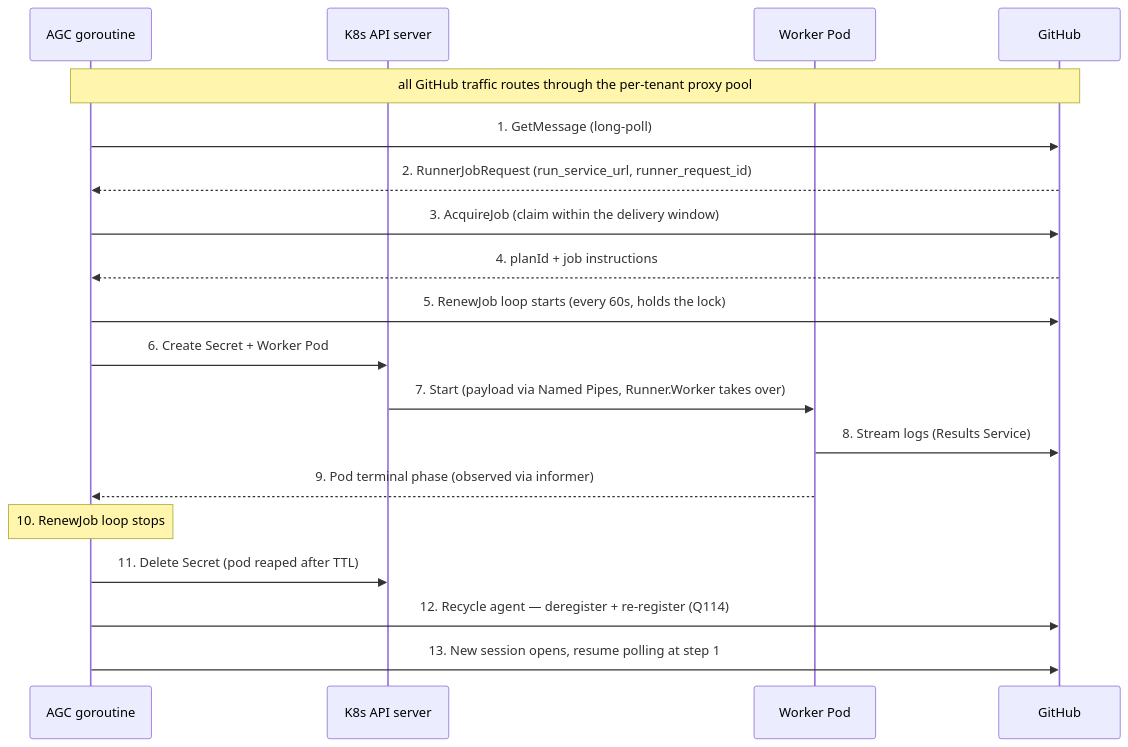
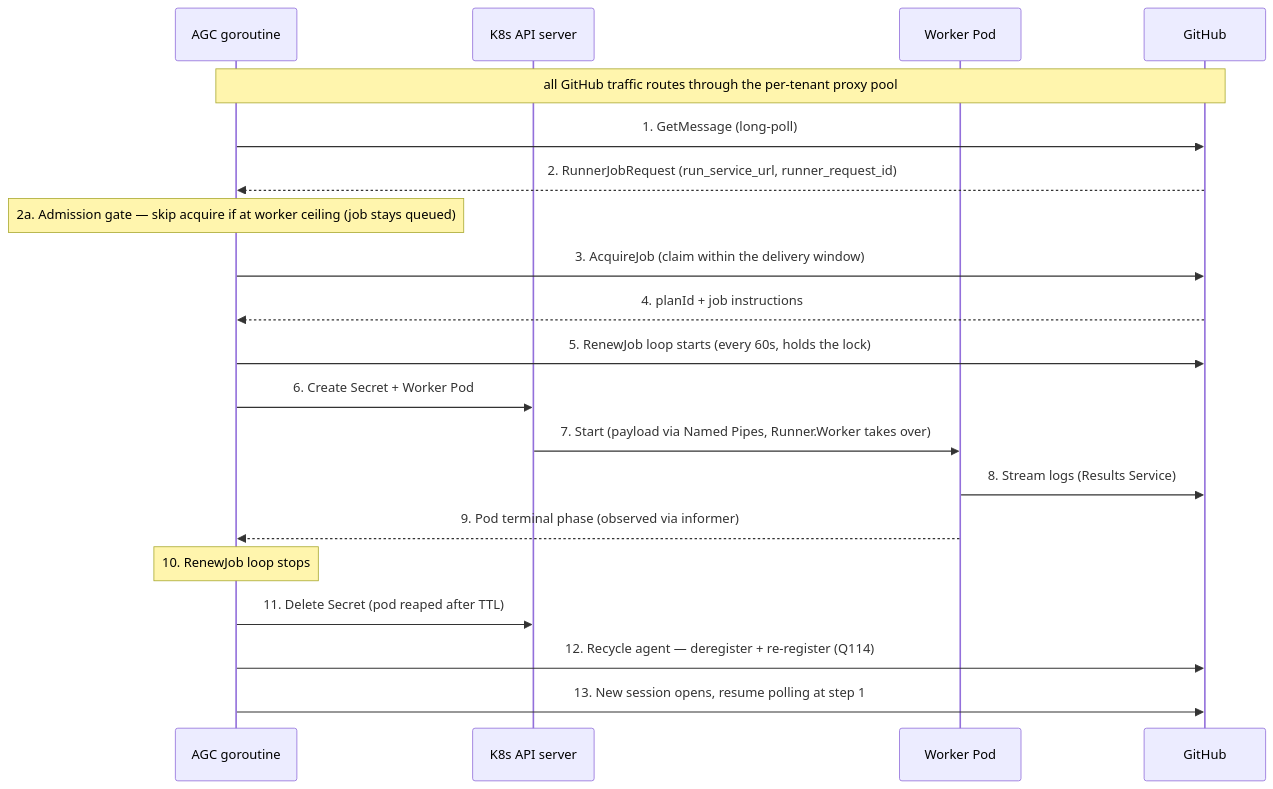
One commit to actions-gateway/github-actions-gateway changed the second of 8 diagrams in docs/design/04-operational-flows.md. Above: the diagram before and after it, drawn with Mermaid. The commit also changed other lines of this file and 14 other files, not shown here.

First line of the commit message:
feat(agc): pre-acquisition admission control gate (Q59) (#324)

````diff
--- a/docs/design/04-operational-flows.md
+++ b/docs/design/04-operational-flows.md
@@ -44,21 +44,22 @@
 ```mermaid
 sequenceDiagram
     participant A as AGC goroutine
     participant K as K8s API server
     participant W as Worker Pod
     participant GH as GitHub
     Note over A,GH: all GitHub traffic routes through the per-tenant proxy pool
     A->>GH: 1. GetMessage (long-poll)
     GH-->>A: 2. RunnerJobRequest (run_service_url, runner_request_id)
+    Note over A: 2a. Admission gate — skip acquire if at worker ceiling (job stays queued)
     A->>GH: 3. AcquireJob (claim within the delivery window)
     GH-->>A: 4. planId + job instructions
     A->>GH: 5. RenewJob loop starts (every 60s, holds the lock)
     A->>K: 6. Create Secret + Worker Pod
     K->>W: 7. Start (payload via Named Pipes, Runner.Worker takes over)
     W->>GH: 8. Stream logs (Results Service)
     W-->>A: 9. Pod terminal phase (observed via informer)
     Note over A: 10. RenewJob loop stops
     A->>K: 11. Delete Secret (pod reaped after TTL)
     A->>GH: 12. Recycle agent — deregister + re-register (Q114)
     A->>GH: 13. New session opens, resume polling at step 1
 ```
````
